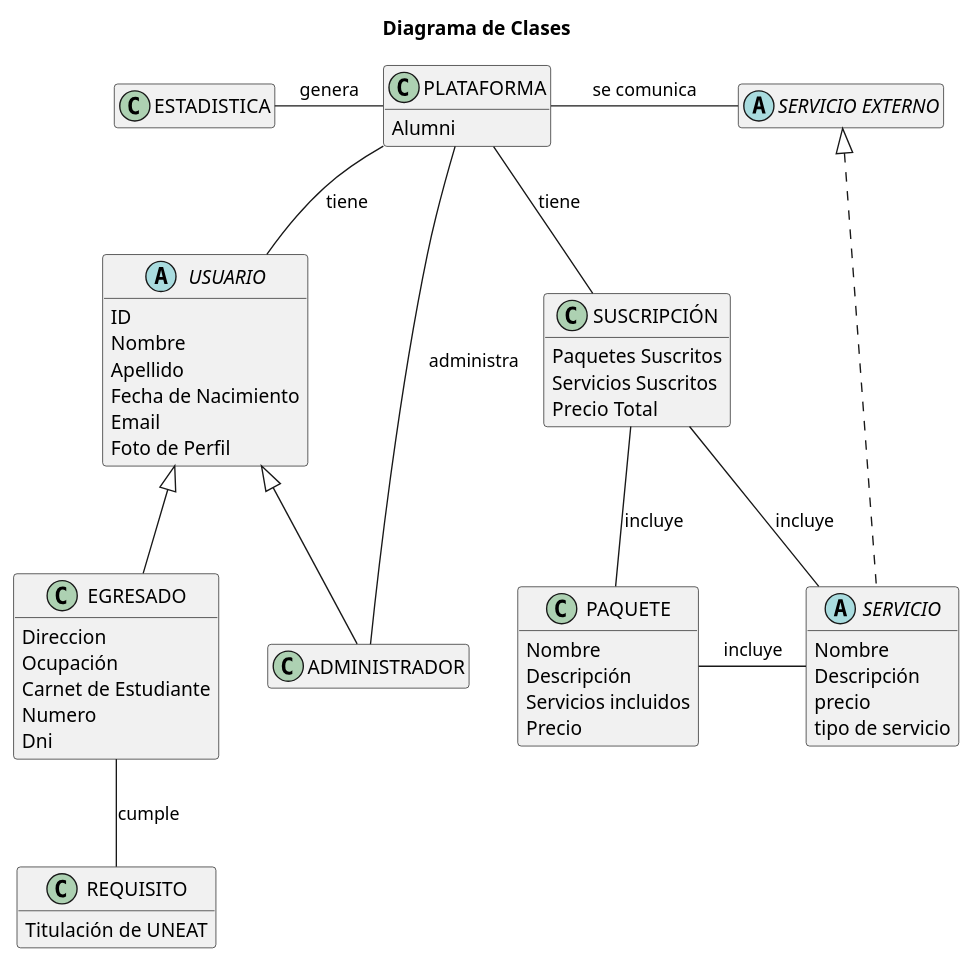
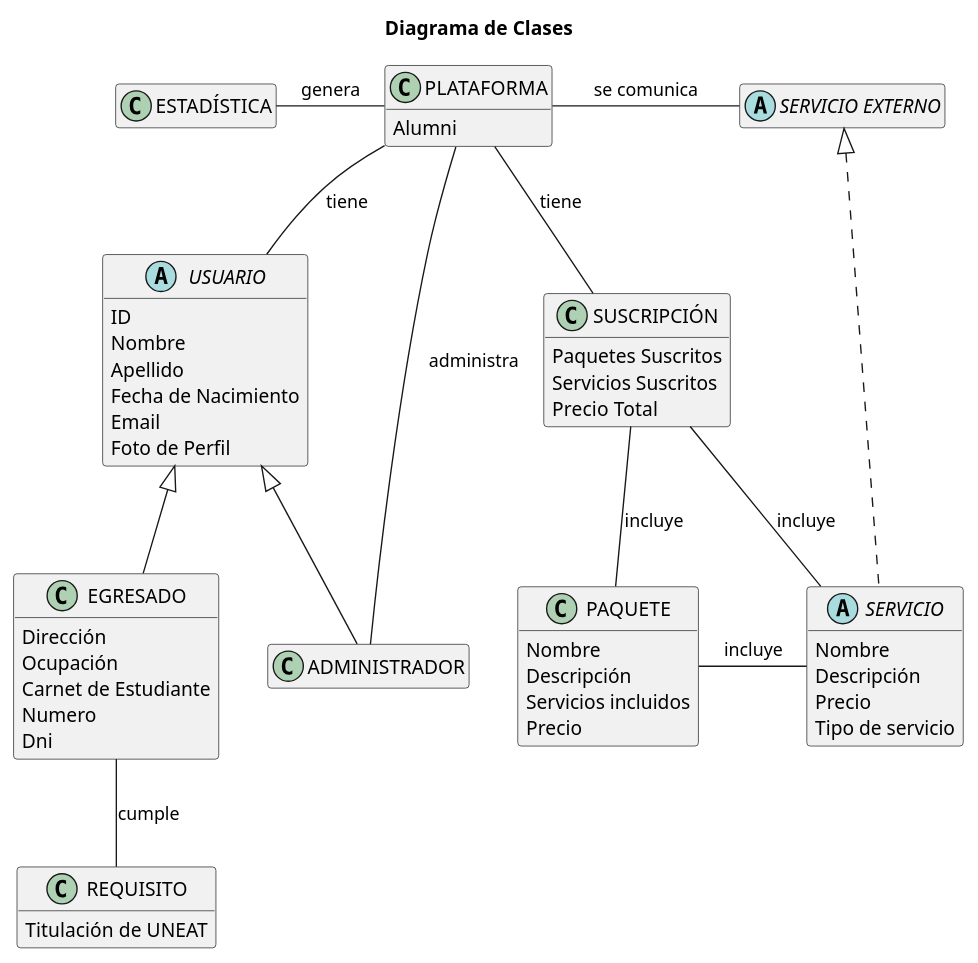
One commit to mmasias/23-24-IdSw1-SDR changed the diagram in Modelo_de_Dominio/Diagramas_de_Clases/Diagramas_Finales/Cuarta_Iteración/Diagrama_de_Clases/Diagrama_de_Clases.puml. Above: the diagram before and after it, drawn with PlantUML. The commit also changed 25 other files, not shown here.

```diff
--- a/Modelo_de_Dominio/Diagramas_de_Clases/Diagramas_Finales/Cuarta_Iteración/Diagrama_de_Clases/Diagrama_de_Clases.puml
+++ b/Modelo_de_Dominio/Diagramas_de_Clases/Diagramas_Finales/Cuarta_Iteración/Diagrama_de_Clases/Diagrama_de_Clases.puml
@@ -1,86 +1,86 @@
 @startuml Diagrama_de_Clases
 
 title Diagrama de Clases
 
 '!theme amiga
 skinparam backgroundColor white
 skinparam defaultFontName Arial
 
 hide empty members
 
 class PLATAFORMA 
 {
    Alumni
 }
 
 abstract "SERVICIO EXTERNO"
 
 abstract USUARIO 
 {
     ID
     Nombre 
     Apellido
     Fecha de Nacimiento
     Email
     Foto de Perfil
 }
 
 class EGRESADO 
 {
-    Direccion
+    Dirección
     Ocupación
     Carnet de Estudiante
     Numero
     Dni
 }
 
 class ADMINISTRADOR 
 {
 }
 
 class REQUISITO 
 {
     Titulación de UNEAT
 }
 
-class ESTADISTICA 
+class ESTADÍSTICA 
 {
 }
 
 class SUSCRIPCIÓN 
 {
     Paquetes Suscritos
     Servicios Suscritos
     Precio Total
 }
 
 class PAQUETE
 {
     Nombre
     Descripción
     Servicios incluidos
     Precio
 }
 
 abstract SERVICIO 
 {
     Nombre 
     Descripción
-    precio
-    tipo de servicio
+    Precio
+    Tipo de servicio
 }
 
 PLATAFORMA -- USUARIO : tiene
-PLATAFORMA -left ESTADISTICA : genera
+PLATAFORMA -left ESTADÍSTICA : genera
 PLATAFORMA -right- "SERVICIO EXTERNO" : se comunica
 SERVICIO .up..|> "SERVICIO EXTERNO"
 SUSCRIPCIÓN -up- PLATAFORMA : tiene
 SUSCRIPCIÓN -- SERVICIO : incluye
 EGRESADO -- REQUISITO : cumple
 SUSCRIPCIÓN -- PAQUETE : incluye
 PAQUETE - SERVICIO : incluye
 USUARIO <|-- EGRESADO
 USUARIO <|-- ADMINISTRADOR
 ADMINISTRADOR -up- PLATAFORMA : administra
 
 @enduml
```
